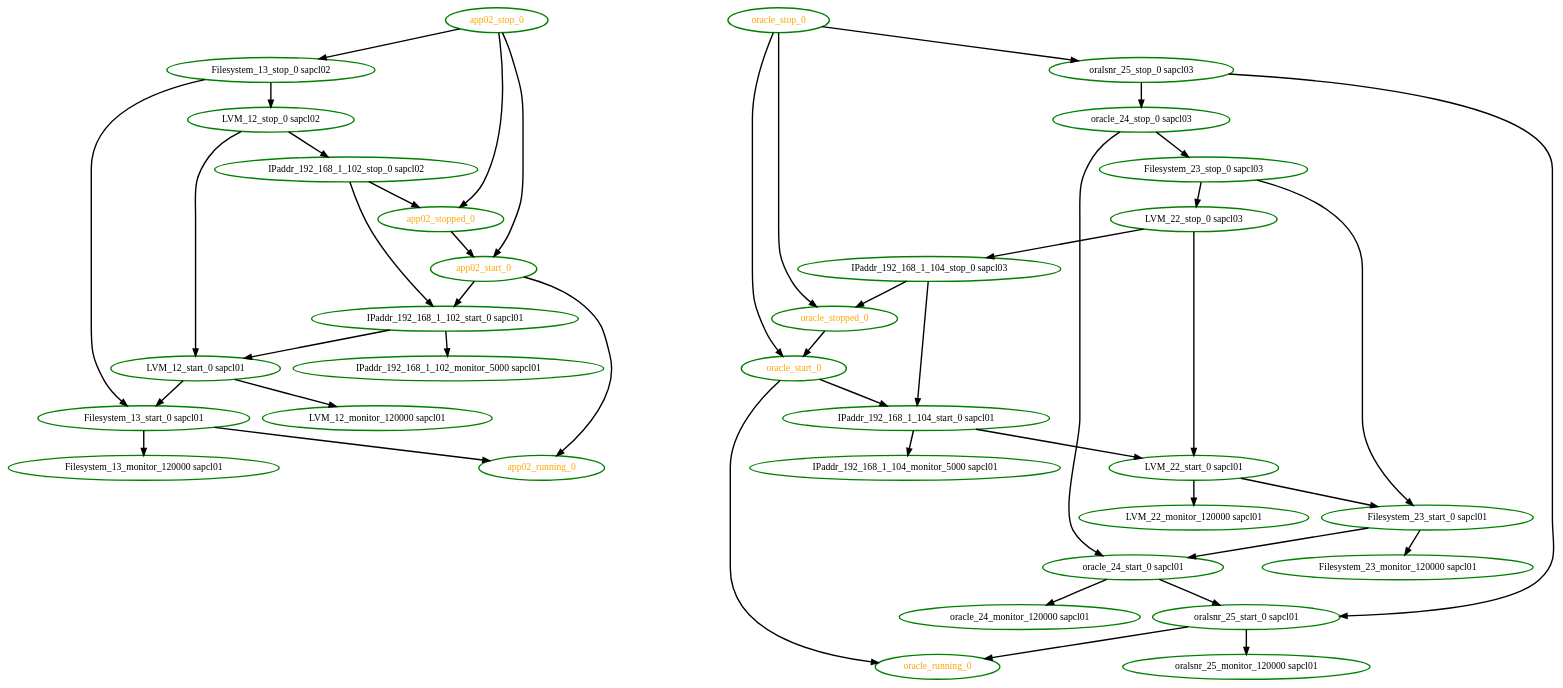
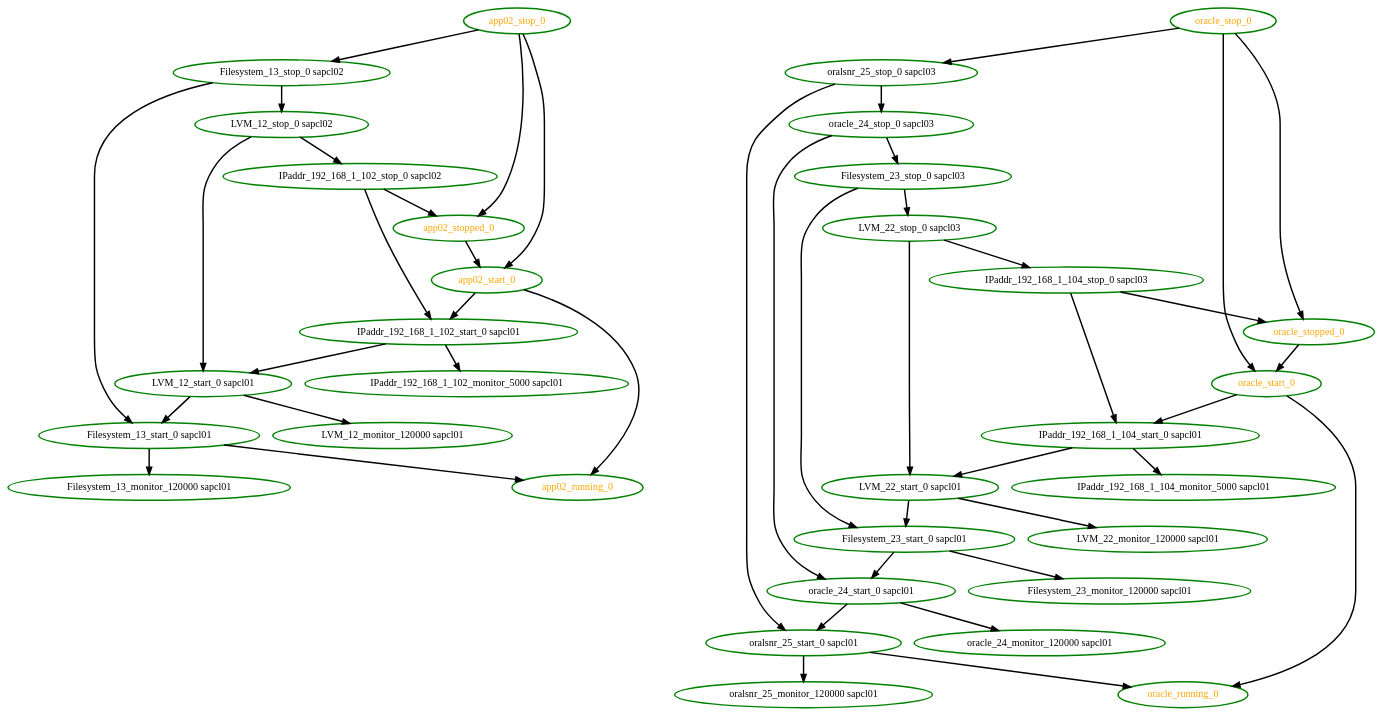
One commit to richiewen8/heartbeat changed the diagram in crm/pengine/testcases/standby.dot. Above: the diagram before and after it, drawn with Graphviz. The commit also changed other lines of this file and 46 other files, not shown here.

```diff
--- a/crm/pengine/testcases/standby.dot
+++ b/crm/pengine/testcases/standby.dot
@@ -1,79 +1,79 @@
 digraph "g" {
 	size = "30,30"
+"Filesystem_13_stop_0 sapcl02" [ style=bold color="green" fontcolor="black" ]
+"Filesystem_13_start_0 sapcl01" [ style=bold color="green" fontcolor="black" ]
+"Filesystem_13_monitor_120000 sapcl01" [ style=bold color="green" fontcolor="black" ]
+"LVM_12_stop_0 sapcl02" [ style=bold color="green" fontcolor="black" ]
+"LVM_12_start_0 sapcl01" [ style=bold color="green" fontcolor="black" ]
+"LVM_12_monitor_120000 sapcl01" [ style=bold color="green" fontcolor="black" ]
 "IPaddr_192_168_1_102_stop_0 sapcl02" [ style=bold color="green" fontcolor="black" ]
 "IPaddr_192_168_1_102_start_0 sapcl01" [ style=bold color="green" fontcolor="black" ]
 "IPaddr_192_168_1_102_monitor_5000 sapcl01" [ style=bold color="green" fontcolor="black" ]
-"LVM_12_stop_0 sapcl02" [ style=bold color="green" fontcolor="black" ]
-"LVM_12_start_0 sapcl01" [ style=bold color="green" fontcolor="black" ]
-"LVM_12_monitor_120000 sapcl01" [ style=bold color="green" fontcolor="black" ]
-"Filesystem_13_stop_0 sapcl02" [ style=bold color="green" fontcolor="black" ]
-"Filesystem_13_start_0 sapcl01" [ style=bold color="green" fontcolor="black" ]
-"Filesystem_13_monitor_120000 sapcl01" [ style=bold color="green" fontcolor="black" ]
 "app02_start_0" [ style=bold color="green" fontcolor="orange" ]
 "app02_running_0" [ style=bold color="green" fontcolor="orange" ]
 "app02_stop_0" [ style=bold color="green" fontcolor="orange" ]
 "app02_stopped_0" [ style=bold color="green" fontcolor="orange" ]
+"oralsnr_25_stop_0 sapcl03" [ style=bold color="green" fontcolor="black" ]
+"oralsnr_25_start_0 sapcl01" [ style=bold color="green" fontcolor="black" ]
+"oralsnr_25_monitor_120000 sapcl01" [ style=bold color="green" fontcolor="black" ]
+"oracle_24_stop_0 sapcl03" [ style=bold color="green" fontcolor="black" ]
+"oracle_24_start_0 sapcl01" [ style=bold color="green" fontcolor="black" ]
+"oracle_24_monitor_120000 sapcl01" [ style=bold color="green" fontcolor="black" ]
+"Filesystem_23_stop_0 sapcl03" [ style=bold color="green" fontcolor="black" ]
+"Filesystem_23_start_0 sapcl01" [ style=bold color="green" fontcolor="black" ]
+"Filesystem_23_monitor_120000 sapcl01" [ style=bold color="green" fontcolor="black" ]
+"LVM_22_stop_0 sapcl03" [ style=bold color="green" fontcolor="black" ]
+"LVM_22_start_0 sapcl01" [ style=bold color="green" fontcolor="black" ]
+"LVM_22_monitor_120000 sapcl01" [ style=bold color="green" fontcolor="black" ]
 "IPaddr_192_168_1_104_stop_0 sapcl03" [ style=bold color="green" fontcolor="black" ]
 "IPaddr_192_168_1_104_start_0 sapcl01" [ style=bold color="green" fontcolor="black" ]
 "IPaddr_192_168_1_104_monitor_5000 sapcl01" [ style=bold color="green" fontcolor="black" ]
-"LVM_22_stop_0 sapcl03" [ style=bold color="green" fontcolor="black" ]
-"LVM_22_start_0 sapcl01" [ style=bold color="green" fontcolor="black" ]
-"LVM_22_monitor_120000 sapcl01" [ style=bold color="green" fontcolor="black" ]
-"Filesystem_23_stop_0 sapcl03" [ style=bold color="green" fontcolor="black" ]
-"Filesystem_23_start_0 sapcl01" [ style=bold color="green" fontcolor="black" ]
-"Filesystem_23_monitor_120000 sapcl01" [ style=bold color="green" fontcolor="black" ]
-"oracle_24_stop_0 sapcl03" [ style=bold color="green" fontcolor="black" ]
-"oracle_24_start_0 sapcl01" [ style=bold color="green" fontcolor="black" ]
-"oracle_24_monitor_120000 sapcl01" [ style=bold color="green" fontcolor="black" ]
-"oralsnr_25_stop_0 sapcl03" [ style=bold color="green" fontcolor="black" ]
-"oralsnr_25_start_0 sapcl01" [ style=bold color="green" fontcolor="black" ]
-"oralsnr_25_monitor_120000 sapcl01" [ style=bold color="green" fontcolor="black" ]
 "oracle_start_0" [ style=bold color="green" fontcolor="orange" ]
 "oracle_running_0" [ style=bold color="green" fontcolor="orange" ]
 "oracle_stop_0" [ style=bold color="green" fontcolor="orange" ]
 "oracle_stopped_0" [ style=bold color="green" fontcolor="orange" ]
+"app02_stop_0" -> "Filesystem_13_stop_0 sapcl02" [ style = bold]
+"Filesystem_13_stop_0 sapcl02" -> "Filesystem_13_start_0 sapcl01" [ style = bold]
+"LVM_12_start_0 sapcl01" -> "Filesystem_13_start_0 sapcl01" [ style = bold]
+"Filesystem_13_start_0 sapcl01" -> "Filesystem_13_monitor_120000 sapcl01" [ style = bold]
+"Filesystem_13_stop_0 sapcl02" -> "LVM_12_stop_0 sapcl02" [ style = bold]
+"LVM_12_stop_0 sapcl02" -> "LVM_12_start_0 sapcl01" [ style = bold]
+"IPaddr_192_168_1_102_start_0 sapcl01" -> "LVM_12_start_0 sapcl01" [ style = bold]
+"LVM_12_start_0 sapcl01" -> "LVM_12_monitor_120000 sapcl01" [ style = bold]
 "LVM_12_stop_0 sapcl02" -> "IPaddr_192_168_1_102_stop_0 sapcl02" [ style = bold]
 "IPaddr_192_168_1_102_stop_0 sapcl02" -> "IPaddr_192_168_1_102_start_0 sapcl01" [ style = bold]
 "app02_start_0" -> "IPaddr_192_168_1_102_start_0 sapcl01" [ style = bold]
 "IPaddr_192_168_1_102_start_0 sapcl01" -> "IPaddr_192_168_1_102_monitor_5000 sapcl01" [ style = bold]
-"Filesystem_13_stop_0 sapcl02" -> "LVM_12_stop_0 sapcl02" [ style = bold]
-"IPaddr_192_168_1_102_start_0 sapcl01" -> "LVM_12_start_0 sapcl01" [ style = bold]
-"LVM_12_stop_0 sapcl02" -> "LVM_12_start_0 sapcl01" [ style = bold]
-"LVM_12_start_0 sapcl01" -> "LVM_12_monitor_120000 sapcl01" [ style = bold]
-"app02_stop_0" -> "Filesystem_13_stop_0 sapcl02" [ style = bold]
-"LVM_12_start_0 sapcl01" -> "Filesystem_13_start_0 sapcl01" [ style = bold]
-"Filesystem_13_stop_0 sapcl02" -> "Filesystem_13_start_0 sapcl01" [ style = bold]
-"Filesystem_13_start_0 sapcl01" -> "Filesystem_13_monitor_120000 sapcl01" [ style = bold]
 "app02_stop_0" -> "app02_start_0" [ style = bold]
 "app02_stopped_0" -> "app02_start_0" [ style = bold]
 "Filesystem_13_start_0 sapcl01" -> "app02_running_0" [ style = bold]
 "app02_start_0" -> "app02_running_0" [ style = bold]
 "IPaddr_192_168_1_102_stop_0 sapcl02" -> "app02_stopped_0" [ style = bold]
 "app02_stop_0" -> "app02_stopped_0" [ style = bold]
+"oracle_stop_0" -> "oralsnr_25_stop_0 sapcl03" [ style = bold]
+"oralsnr_25_stop_0 sapcl03" -> "oralsnr_25_start_0 sapcl01" [ style = bold]
+"oracle_24_start_0 sapcl01" -> "oralsnr_25_start_0 sapcl01" [ style = bold]
+"oralsnr_25_start_0 sapcl01" -> "oralsnr_25_monitor_120000 sapcl01" [ style = bold]
+"oralsnr_25_stop_0 sapcl03" -> "oracle_24_stop_0 sapcl03" [ style = bold]
+"oracle_24_stop_0 sapcl03" -> "oracle_24_start_0 sapcl01" [ style = bold]
+"Filesystem_23_start_0 sapcl01" -> "oracle_24_start_0 sapcl01" [ style = bold]
+"oracle_24_start_0 sapcl01" -> "oracle_24_monitor_120000 sapcl01" [ style = bold]
+"oracle_24_stop_0 sapcl03" -> "Filesystem_23_stop_0 sapcl03" [ style = bold]
+"Filesystem_23_stop_0 sapcl03" -> "Filesystem_23_start_0 sapcl01" [ style = bold]
+"LVM_22_start_0 sapcl01" -> "Filesystem_23_start_0 sapcl01" [ style = bold]
+"Filesystem_23_start_0 sapcl01" -> "Filesystem_23_monitor_120000 sapcl01" [ style = bold]
+"Filesystem_23_stop_0 sapcl03" -> "LVM_22_stop_0 sapcl03" [ style = bold]
+"LVM_22_stop_0 sapcl03" -> "LVM_22_start_0 sapcl01" [ style = bold]
+"IPaddr_192_168_1_104_start_0 sapcl01" -> "LVM_22_start_0 sapcl01" [ style = bold]
+"LVM_22_start_0 sapcl01" -> "LVM_22_monitor_120000 sapcl01" [ style = bold]
 "LVM_22_stop_0 sapcl03" -> "IPaddr_192_168_1_104_stop_0 sapcl03" [ style = bold]
 "IPaddr_192_168_1_104_stop_0 sapcl03" -> "IPaddr_192_168_1_104_start_0 sapcl01" [ style = bold]
 "oracle_start_0" -> "IPaddr_192_168_1_104_start_0 sapcl01" [ style = bold]
 "IPaddr_192_168_1_104_start_0 sapcl01" -> "IPaddr_192_168_1_104_monitor_5000 sapcl01" [ style = bold]
-"Filesystem_23_stop_0 sapcl03" -> "LVM_22_stop_0 sapcl03" [ style = bold]
-"IPaddr_192_168_1_104_start_0 sapcl01" -> "LVM_22_start_0 sapcl01" [ style = bold]
-"LVM_22_stop_0 sapcl03" -> "LVM_22_start_0 sapcl01" [ style = bold]
-"LVM_22_start_0 sapcl01" -> "LVM_22_monitor_120000 sapcl01" [ style = bold]
-"oracle_24_stop_0 sapcl03" -> "Filesystem_23_stop_0 sapcl03" [ style = bold]
-"LVM_22_start_0 sapcl01" -> "Filesystem_23_start_0 sapcl01" [ style = bold]
-"Filesystem_23_stop_0 sapcl03" -> "Filesystem_23_start_0 sapcl01" [ style = bold]
-"Filesystem_23_start_0 sapcl01" -> "Filesystem_23_monitor_120000 sapcl01" [ style = bold]
-"oralsnr_25_stop_0 sapcl03" -> "oracle_24_stop_0 sapcl03" [ style = bold]
-"Filesystem_23_start_0 sapcl01" -> "oracle_24_start_0 sapcl01" [ style = bold]
-"oracle_24_stop_0 sapcl03" -> "oracle_24_start_0 sapcl01" [ style = bold]
-"oracle_24_start_0 sapcl01" -> "oracle_24_monitor_120000 sapcl01" [ style = bold]
-"oracle_stop_0" -> "oralsnr_25_stop_0 sapcl03" [ style = bold]
-"oracle_24_start_0 sapcl01" -> "oralsnr_25_start_0 sapcl01" [ style = bold]
-"oralsnr_25_stop_0 sapcl03" -> "oralsnr_25_start_0 sapcl01" [ style = bold]
-"oralsnr_25_start_0 sapcl01" -> "oralsnr_25_monitor_120000 sapcl01" [ style = bold]
 "oracle_stop_0" -> "oracle_start_0" [ style = bold]
 "oracle_stopped_0" -> "oracle_start_0" [ style = bold]
 "oralsnr_25_start_0 sapcl01" -> "oracle_running_0" [ style = bold]
 "oracle_start_0" -> "oracle_running_0" [ style = bold]
 "IPaddr_192_168_1_104_stop_0 sapcl03" -> "oracle_stopped_0" [ style = bold]
 "oracle_stop_0" -> "oracle_stopped_0" [ style = bold]
 }
```
